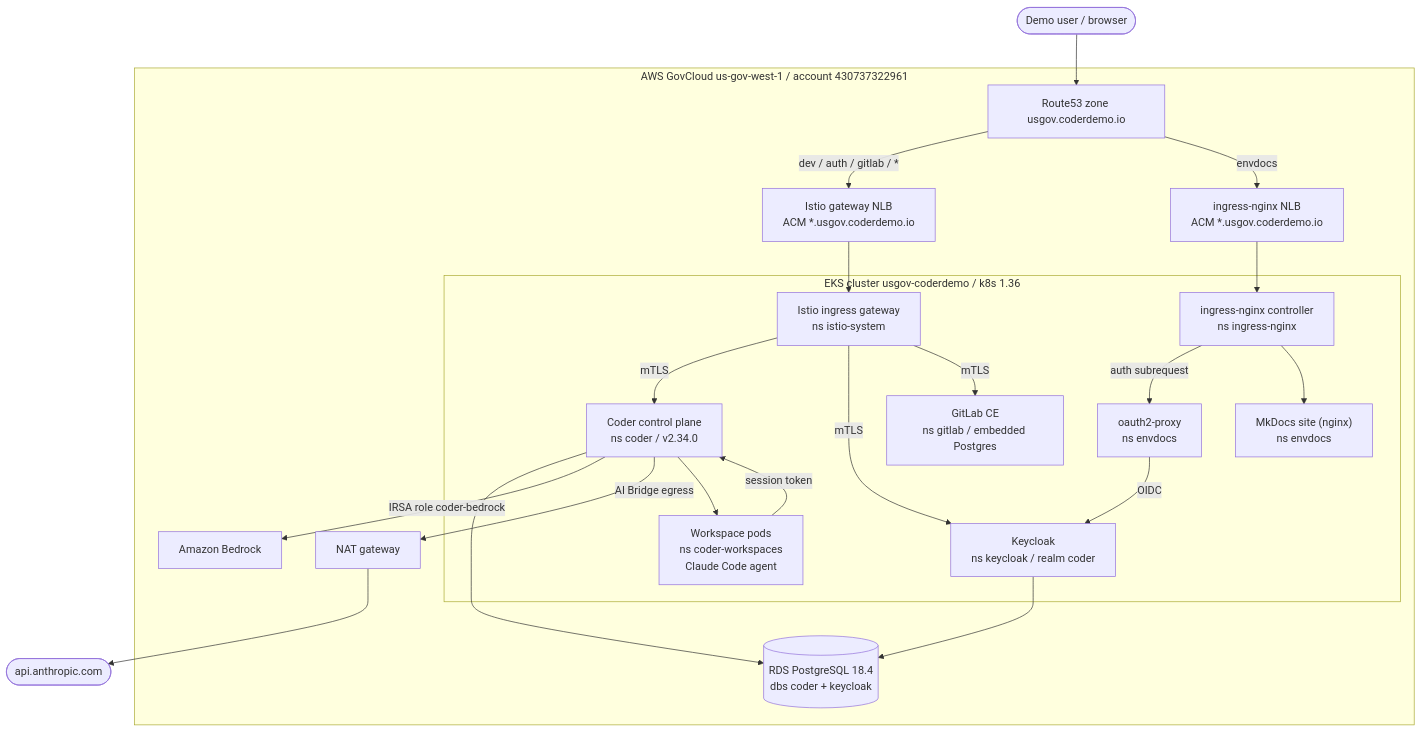
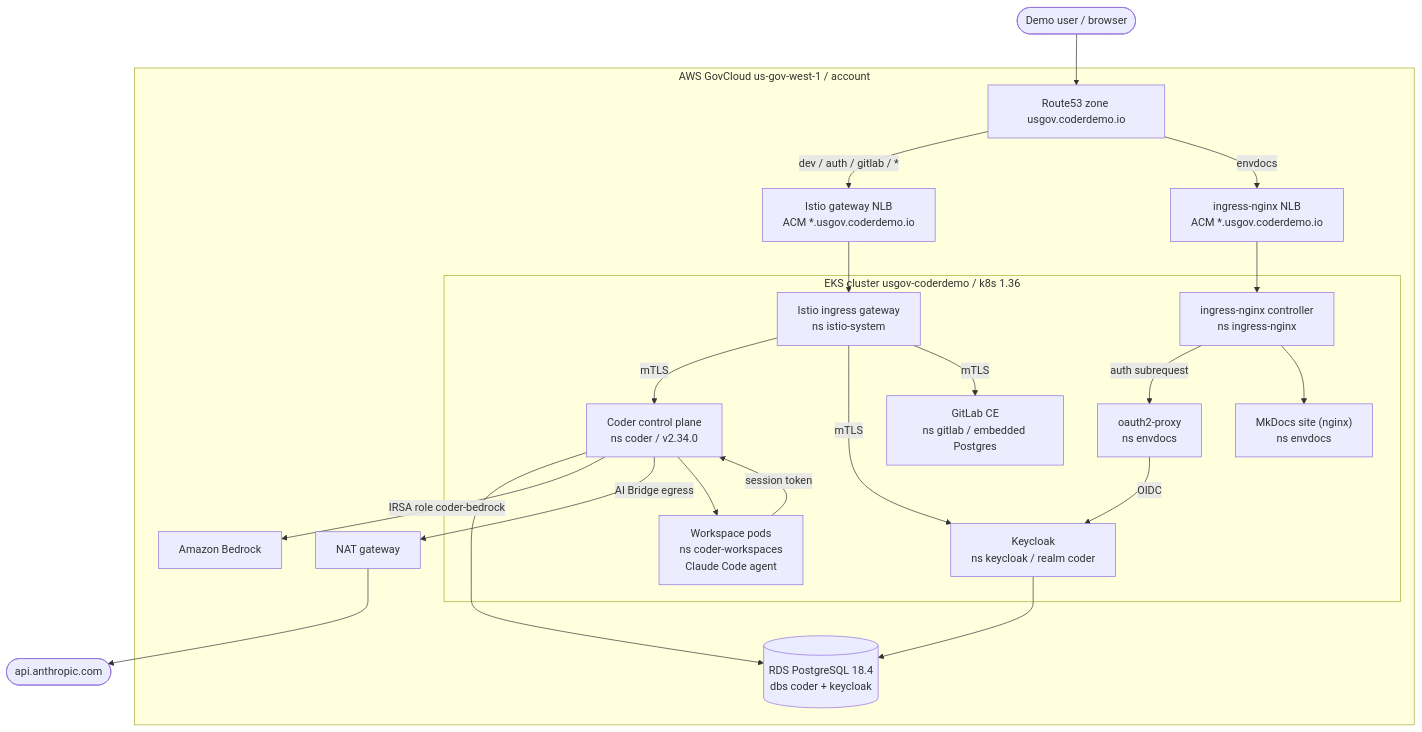
The first of 3 diagrams in docs/envdocs/docs/architecture.md (coder/usgov-coderdemo), drawn with Mermaid before and after one commit. The commit also changed other lines of this file and 27 other files, not shown here.

First line of the commit message:
docs(docs): sync auth/model/datastore changes and redact AWS account id (#48)

````diff
--- a/docs/envdocs/docs/architecture.md
+++ b/docs/envdocs/docs/architecture.md
@@ -29,43 +29,43 @@
 ```mermaid
 flowchart TB
   user(["Demo user / browser"])
 
-  subgraph gov["AWS GovCloud us-gov-west-1 / account 430737322961"]
+  subgraph gov["AWS GovCloud us-gov-west-1 / account <AWS_ACCOUNT_ID>"]
     r53["Route53 zone usgov.coderdemo.io"]
     nlbI["Istio gateway NLB<br/>ACM *.usgov.coderdemo.io"]
     nlbN["ingress-nginx NLB<br/>ACM *.usgov.coderdemo.io"]
 
     subgraph eks["EKS cluster usgov-coderdemo / k8s 1.36"]
       igw["Istio ingress gateway<br/>ns istio-system"]
       nginx["ingress-nginx controller<br/>ns ingress-nginx"]
       coder["Coder control plane<br/>ns coder / v2.34.0"]
       kc["Keycloak<br/>ns keycloak / realm coder"]
       gl["GitLab CE<br/>ns gitlab / embedded Postgres"]
       ws["Workspace pods<br/>ns coder-workspaces<br/>Claude Code agent"]
       o2p["oauth2-proxy<br/>ns envdocs"]
       docs["MkDocs site (nginx)<br/>ns envdocs"]
     end
 
     rds[("RDS PostgreSQL 18.4<br/>dbs coder + keycloak")]
     bedrock["Amazon Bedrock"]
     nat["NAT gateway"]
   end
 
   anthropic(["api.anthropic.com"])
 
   user --> r53
   r53 -->|"dev / auth / gitlab / *"| nlbI --> igw
   r53 -->|"envdocs"| nlbN --> nginx
   igw -->|mTLS| coder
   igw -->|mTLS| kc
   igw -->|mTLS| gl
   nginx -->|"auth subrequest"| o2p
   o2p -->|OIDC| kc
   nginx --> docs
   coder --> rds
   kc --> rds
   coder -->|"IRSA role coder-bedrock"| bedrock
   coder -->|"AI Bridge egress"| nat --> anthropic
   coder --> ws
   ws -->|"session token"| coder
 ```
````
